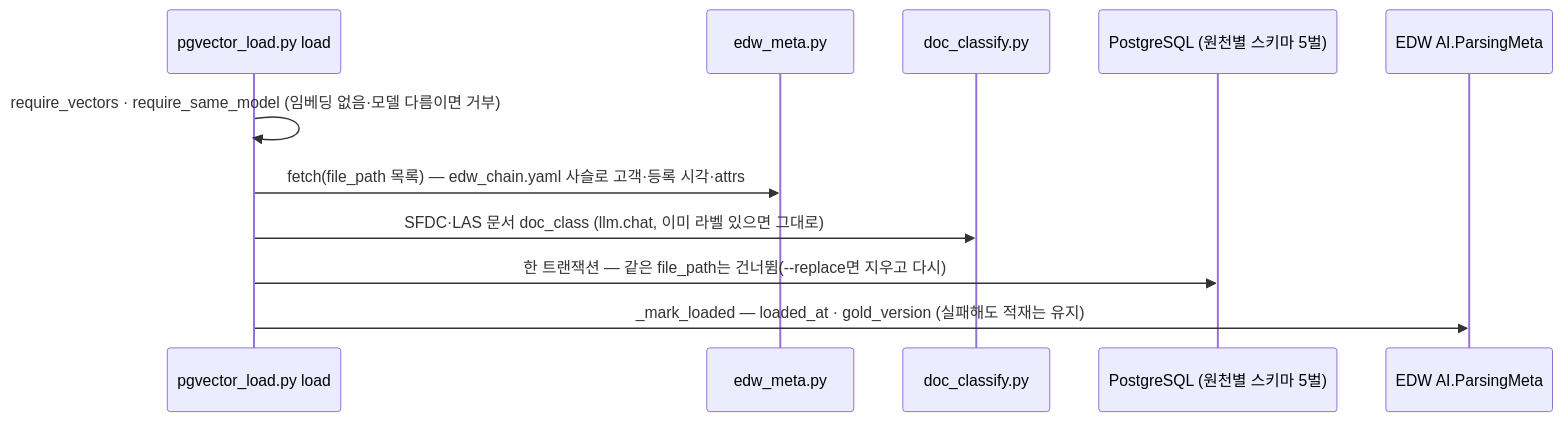
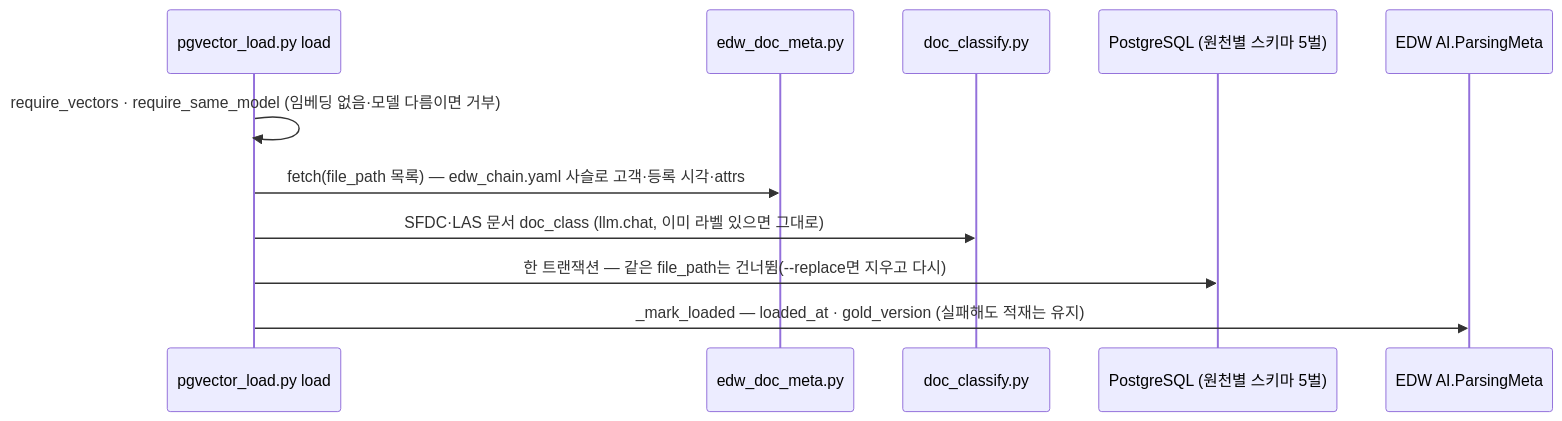
The ninth of 11 diagrams in docs/architecture/parse_flow.md (gigasamba/sbl_data_parsing), drawn with Mermaid before and after one commit. The commit also changed other lines of this file and 5 other files, not shown here.

````diff
--- a/docs/architecture/parse_flow.md
+++ b/docs/architecture/parse_flow.md
@@ -333,13 +333,13 @@
 ```mermaid
 sequenceDiagram
     participant L as pgvector_load.py load
-    participant M as edw_meta.py
+    participant M as edw_doc_meta.py
     participant K as doc_classify.py
     participant P as PostgreSQL (원천별 스키마 5벌)
     participant E as EDW AI.ParsingMeta
     L->>L: require_vectors · require_same_model (임베딩 없음·모델 다름이면 거부)
     L->>M: fetch(file_path 목록) — edw_chain.yaml 사슬로 고객·등록 시각·attrs
     L->>K: SFDC·LAS 문서 doc_class (llm.chat, 이미 라벨 있으면 그대로)
     L->>P: 한 트랜잭션 — 같은 file_path는 건너뜀(--replace면 지우고 다시)
     L->>E: _mark_loaded — loaded_at · gold_version (실패해도 적재는 유지)
 ```
````
